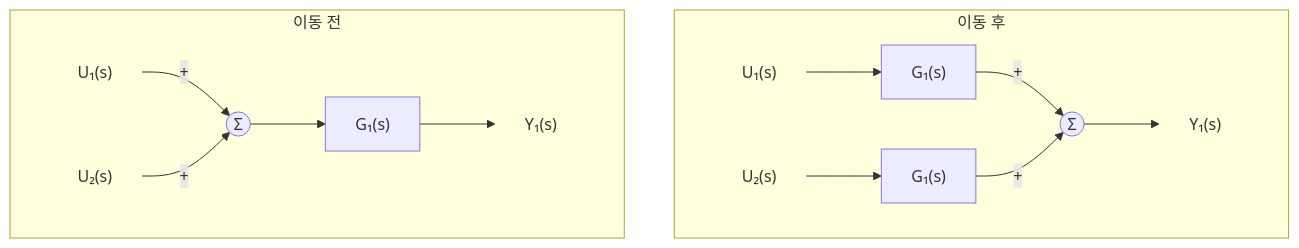
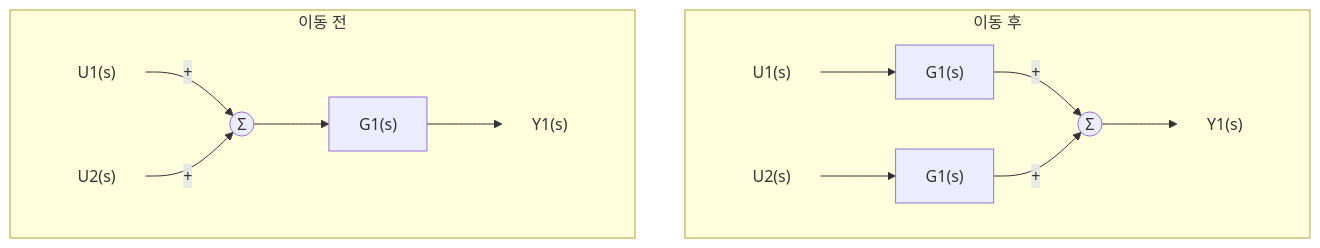
The sixth of 15 diagrams in Lecture-Notes/Week05_Control-System-Modeling-II/Concepts_Lecture.ko.md (Choroning/25Fall_Neural-Network-Control-Systems), drawn with Mermaid before and after one commit. The commit also changed other lines of this file and 25 other files, not shown here.

````diff
--- a/Lecture-Notes/Week05_Control-System-Modeling-II/Concepts_Lecture.ko.md
+++ b/Lecture-Notes/Week05_Control-System-Modeling-II/Concepts_Lecture.ko.md
@@ -690,21 +692,21 @@
 ```mermaid
 flowchart LR
   subgraph B1["이동 전"]
     direction LR
-    a1["U₁(s)"] -->|"+"| as(("Σ"))
-    a2["U₂(s)"] -->|"+"| as
-    as --> ag["G₁(s)"]
-    ag --> ay["Y₁(s)"]
+    a1["U1(s)"] -->|"#43;"| as(("Σ"))
+    a2["U2(s)"] -->|"#43;"| as
+    as --> ag["G1(s)"]
+    ag --> ay["Y1(s)"]
   end
   subgraph A1["이동 후"]
     direction LR
-    b1["U₁(s)"] --> bg["G₁(s)"]
-    bg -->|"+"| bs(("Σ"))
-    b2["U₂(s)"] --> bh["G₁(s)"]
-    bh -->|"+"| bs
-    bs --> by["Y₁(s)"]
+    b1["U1(s)"] --> bg["G1(s)"]
+    bg -->|"#43;"| bs(("Σ"))
+    b2["U2(s)"] --> bh["G1(s)"]
+    bh -->|"#43;"| bs
+    bs --> by["Y1(s)"]
   end
   B1 ~~~ A1
   classDef sig fill:none,stroke:none;
   class a1,a2,ay,b1,b2,by sig;
 ```
````
